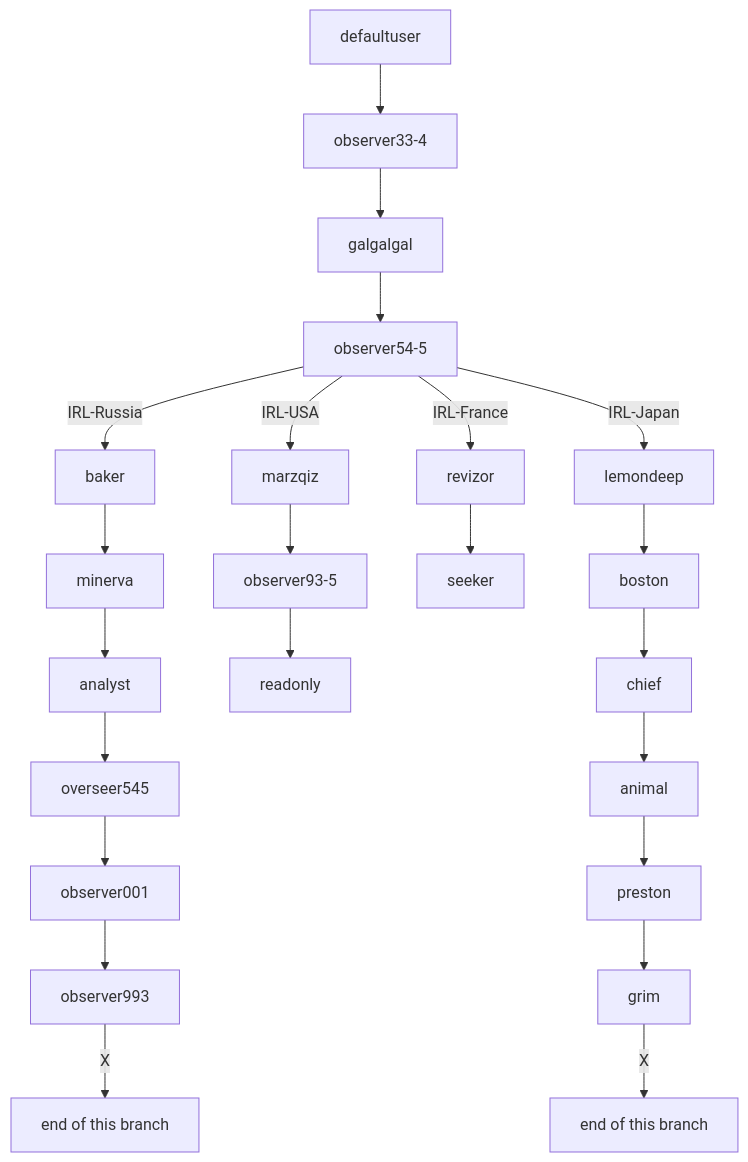
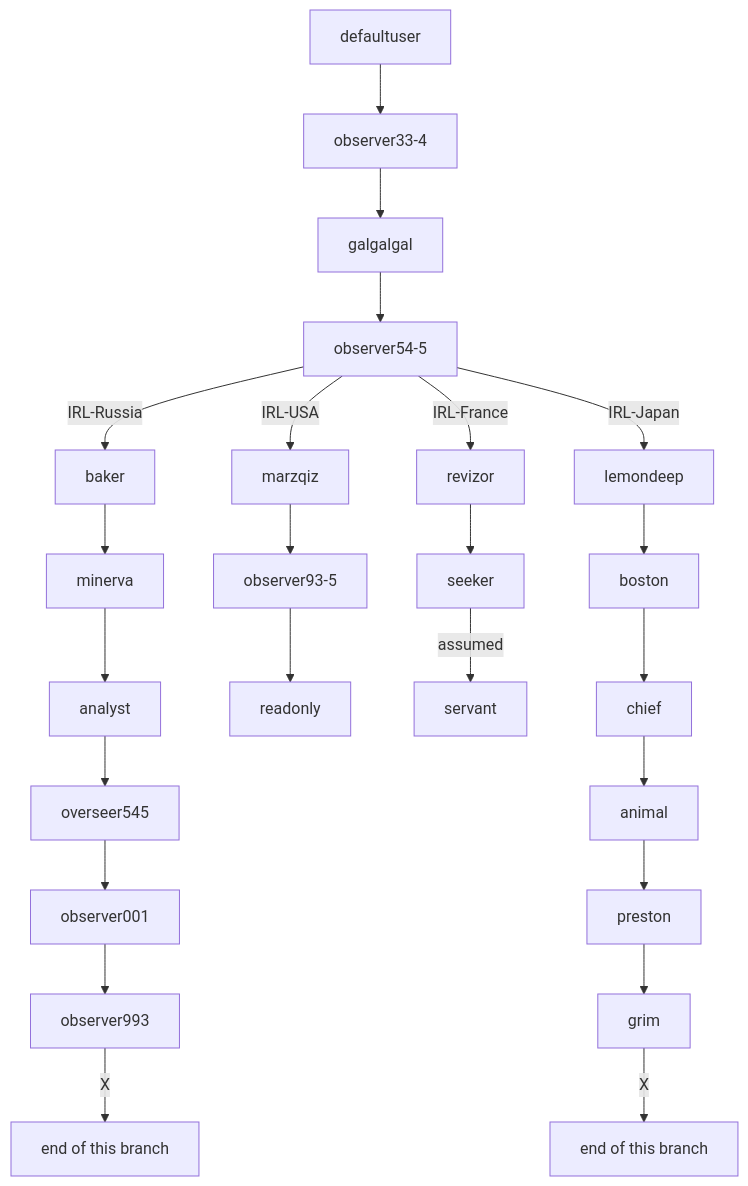
Before and after one commit to Philsie/ARRS-documentation: the diagram in README.md, drawn with Mermaid. The commit also changed other lines of this file, not shown here.

````diff
--- a/README.md
+++ b/README.md
@@ -38,29 +39,30 @@
 ```mermaid
 graph TD;
     defaultuser --> observer33-4;
     observer33-4 --> galgalgal;
     galgalgal --> observer54-5;
 
     observer54-5 --IRL-Russia--> baker;
     baker --> minerva;
     minerva --> analyst;
     analyst --> overseer545;
     overseer545 --> observer001;
     observer001 --> observer993;
     observer993 --X--> russiaEnd["end of this branch"];
 
     observer54-5 --IRL-USA--> marzqiz;
     marzqiz --> observer93-5;
     observer93-5 --> readonly;
 
     observer54-5 --IRL-France--> revizor;
     revizor --> seeker;
+    seeker --assumed--> servant;
 
     observer54-5 --IRL-Japan--> lemondeep;
     lemondeep --> boston;
     boston --> chief;
     chief --> animal;
     animal --> preston;
     preston --> grim;
     grim --X--> japanEnd["end of this branch"];
 ```
````
